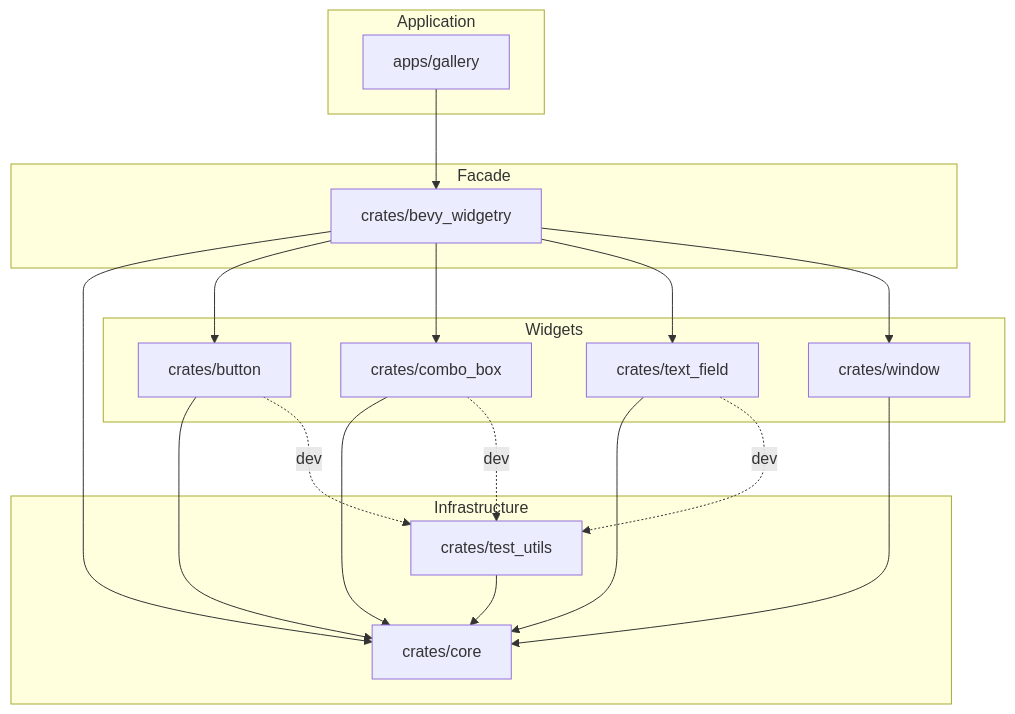
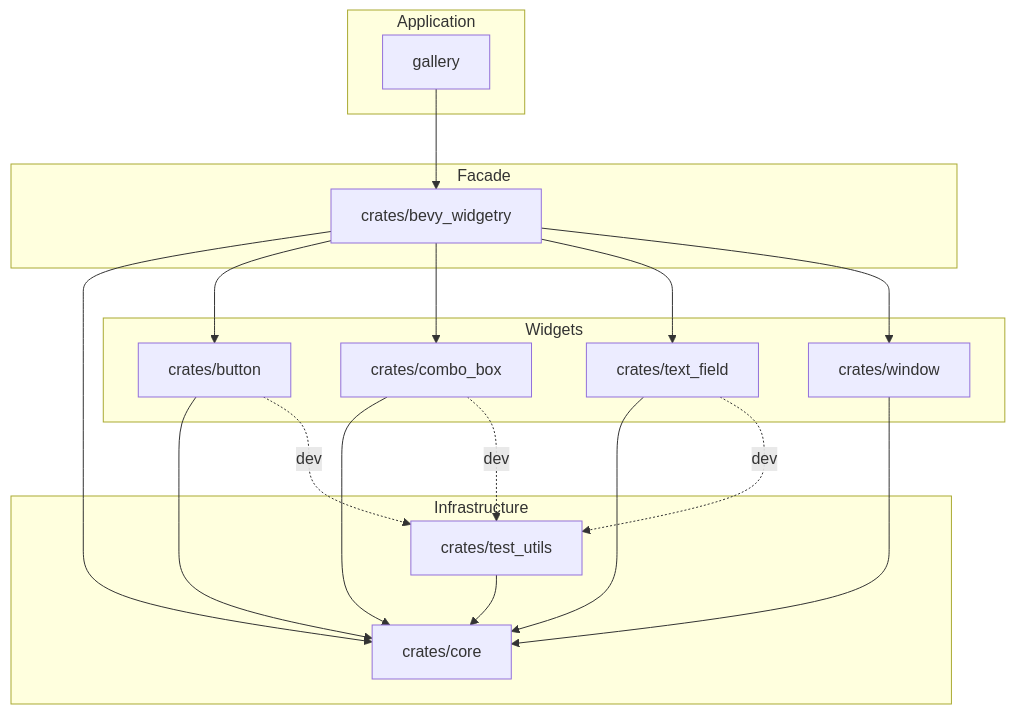
The diagram in docs/architecture.md (slc90/bevy_widgetry), drawn with Mermaid before and after one commit. The commit also changed other lines of this file and 20 other files, not shown here.

````diff
--- a/docs/architecture.md
+++ b/docs/architecture.md
@@ -66,41 +71,41 @@
 ```mermaid
 flowchart TD
     subgraph Application
-        gallery["apps/gallery"]
+        gallery["gallery"]
     end
 
     subgraph Facade
         widgetry["crates/bevy_widgetry"]
     end
 
     subgraph Widgets
         button["crates/button"]
         combo_box["crates/combo_box"]
         text_field["crates/text_field"]
         window["crates/window"]
     end
 
     subgraph Infrastructure
         core["crates/core"]
         test_utils["crates/test_utils"]
     end
 
     gallery --> widgetry
 
     widgetry --> core
     widgetry --> button
     widgetry --> combo_box
     widgetry --> text_field
     widgetry --> window
 
     button --> core
     combo_box --> core
     text_field --> core
     window --> core
 
     test_utils --> core
 
     button -. dev .-> test_utils
     combo_box -. dev .-> test_utils
     text_field -. dev .-> test_utils
 ```
````
